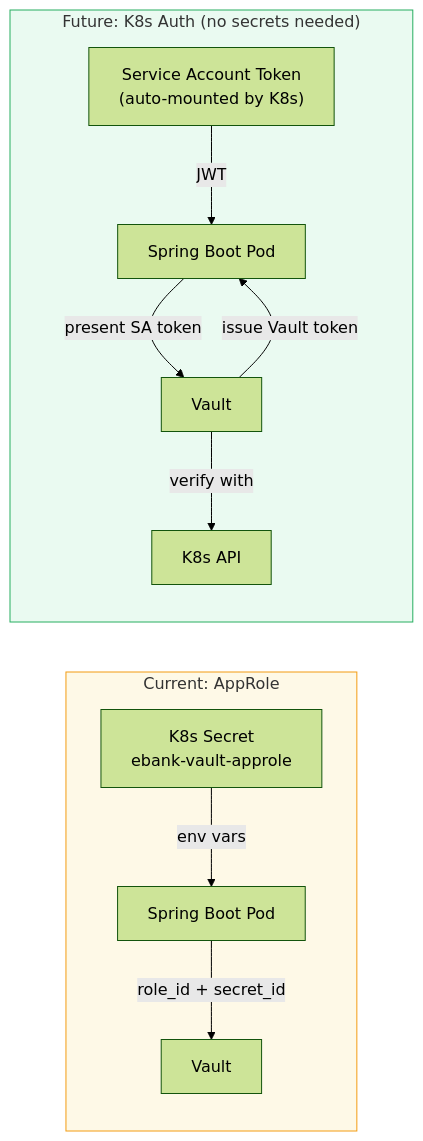
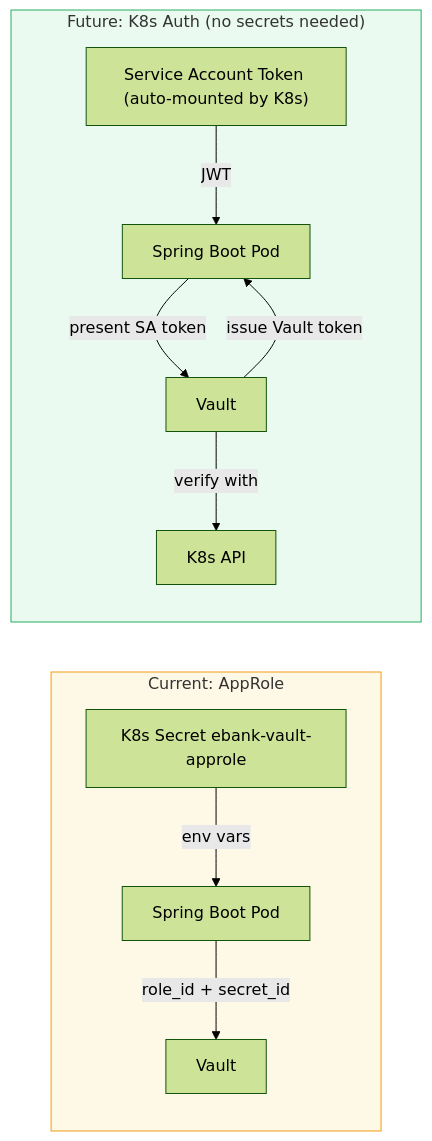
One commit to Samlogy/ebank-app changed diagram 31 of 34 in ebank-monolith/doc/KNOWLEDGE_BASE.md. Above: the diagram before and after it, drawn with Mermaid (forest theme). The commit also changed other lines of this file and 3 other files, not shown here.

````diff
--- a/ebank-monolith/doc/KNOWLEDGE_BASE.md
+++ b/ebank-monolith/doc/KNOWLEDGE_BASE.md
@@ -940,24 +940,24 @@
 ```mermaid
 graph LR
     subgraph NOW["Current: AppRole"]
-        SEC["K8s Secret\nebank-vault-approle"]
+        SEC["K8s Secret ebank-vault-approle"]
         APP1["Spring Boot Pod"]
         VLT1["Vault"]
         SEC -->|"env vars"| APP1
         APP1 -->|"role_id + secret_id"| VLT1
     end
 
     subgraph FUTURE["Future: K8s Auth (no secrets needed)"]
-        SA["Service Account Token\n(auto-mounted by K8s)"]
+        SA["Service Account Token (auto-mounted by K8s)"]
         APP2["Spring Boot Pod"]
         K8SAPI["K8s API"]
         VLT2["Vault"]
         SA -->|"JWT"| APP2
         APP2 -->|"present SA token"| VLT2
         VLT2 -->|"verify with"| K8SAPI
         VLT2 -->|"issue Vault token"| APP2
     end
 
     style NOW fill:#FEF9E7,stroke:#F39C12
     style FUTURE fill:#EAFAF1,stroke:#27AE60
 ```
````
